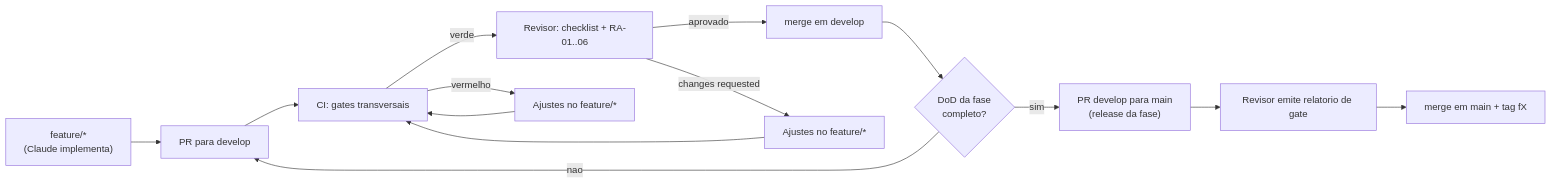
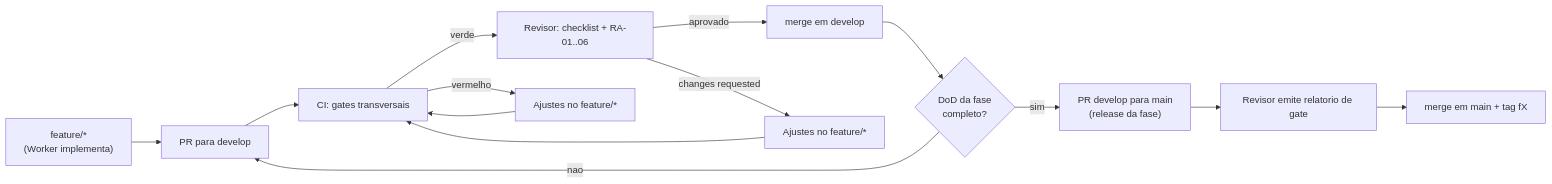
One commit to sammuka/alpha-carnes changed the diagram in docs/governance/framework-revisao.md. Above: the diagram before and after it, drawn with Mermaid. The commit also changed other lines of this file and 40 other files, not shown here.

````diff
--- a/docs/governance/framework-revisao.md
+++ b/docs/governance/framework-revisao.md
@@ -35,16 +35,16 @@
 ```mermaid
 flowchart LR
-    feat["feature/*<br/>(Claude implementa)"] --> prDev["PR para develop"]
+    feat["feature/*<br/>(Worker implementa)"] --> prDev["PR para develop"]
     prDev --> ci["CI: gates transversais"]
     ci -->|verde| review["Revisor: checklist + RA-01..06"]
     ci -->|vermelho| fix1["Ajustes no feature/*"]
     fix1 --> ci
     review -->|aprovado| mergeDev["merge em develop"]
     review -->|changes requested| fix2["Ajustes no feature/*"]
     fix2 --> ci
     mergeDev --> gate{"DoD da fase<br/>completo?"}
     gate -->|nao| prDev
     gate -->|sim| prMain["PR develop para main<br/>(release da fase)"]
     prMain --> relatorio["Revisor emite relatorio de gate"]
     relatorio --> mergeMain["merge em main + tag fX"]
 ```
````
